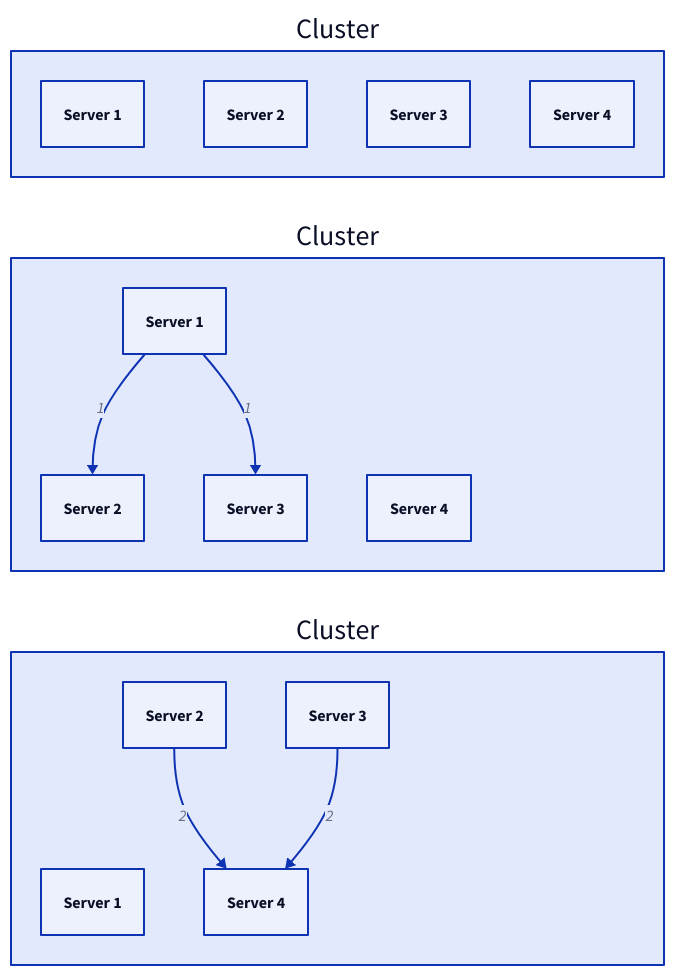
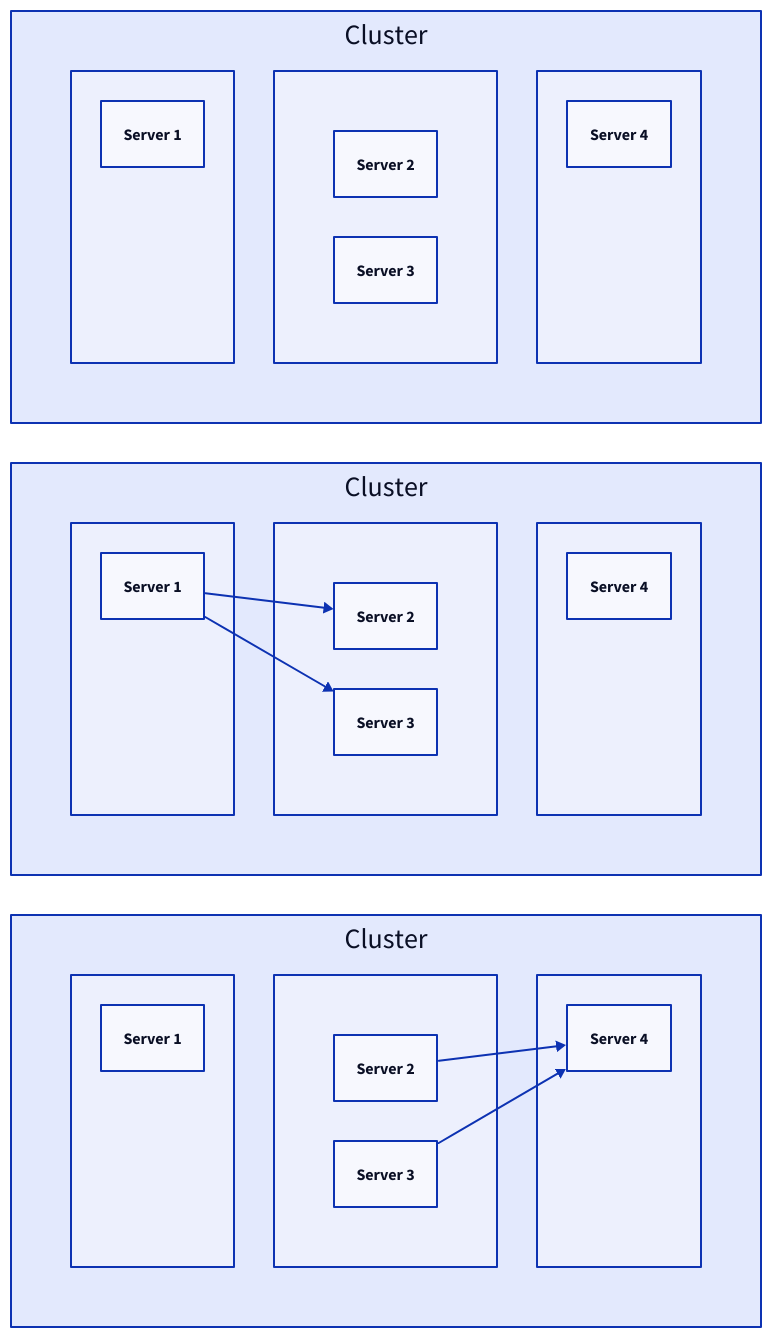
The second of 17 diagrams in content/docs/data-persistence/distributed-database/peer-to-peer-architecture/gossip-protocol.md (link1905/system-design-101), drawn with D2 before and after one commit. The commit also changed other lines of this file and 40 other files, not shown here.

````diff
--- a/content/docs/data-persistence/distributed-database/peer-to-peer-architecture/gossip-protocol.md
+++ b/content/docs/data-persistence/distributed-database/peer-to-peer-architecture/gossip-protocol.md
@@ -58,49 +87,82 @@
 grid-columns: 1
 
 c0: Cluster {
+  grid-rows: 1
+  p1: "" {
+    class: none
     n1: Server 1 {
         class: server
     }
+  }
+  p2: "" {
+    class: none
+    grid-columns: 1
     n2: Server 2 {
         class: server
     }
     n3: Server 3 {
         class: server
     }
+  }
+  p3: "" {
+    class: none
     n4: Server 4 {
         class: server
     }
+  }
 }
 c1: Cluster {
+  grid-rows: 1
+  p1: "" {
+    class: none
     n1: Server 1 {
         class: server
     }
+  }
+  p2: "" {
+    class: none
+    grid-columns: 1
     n2: Server 2 {
         class: server
     }
     n3: Server 3 {
         class: server
     }
+  }
+  p3: "" {
+    class: none
     n4: Server 4 {
         class: server
     }
-    n1 -> n2: 1
-    n1 -> n3: 1
+  }
+  p1.n1 -> p2.n2
+  p1.n1 -> p2.n3
 }
 c2: Cluster {
+  grid-rows: 1
+  p1: "" {
+    class: none
     n1: Server 1 {
         class: server
     }
+  }
+  p2: "" {
+    class: none
+    grid-columns: 1
     n2: Server 2 {
         class: server
     }
     n3: Server 3 {
         class: server
     }
+  }
+  p3: "" {
+    class: none
     n4: Server 4 {
         class: server
     }
-    n2 -> n4: 2
-    n3 -> n4: 2
+  }
+  p2.n2 -> p3.n4
+  p2.n3 -> p3.n4
 }
 ```
````
